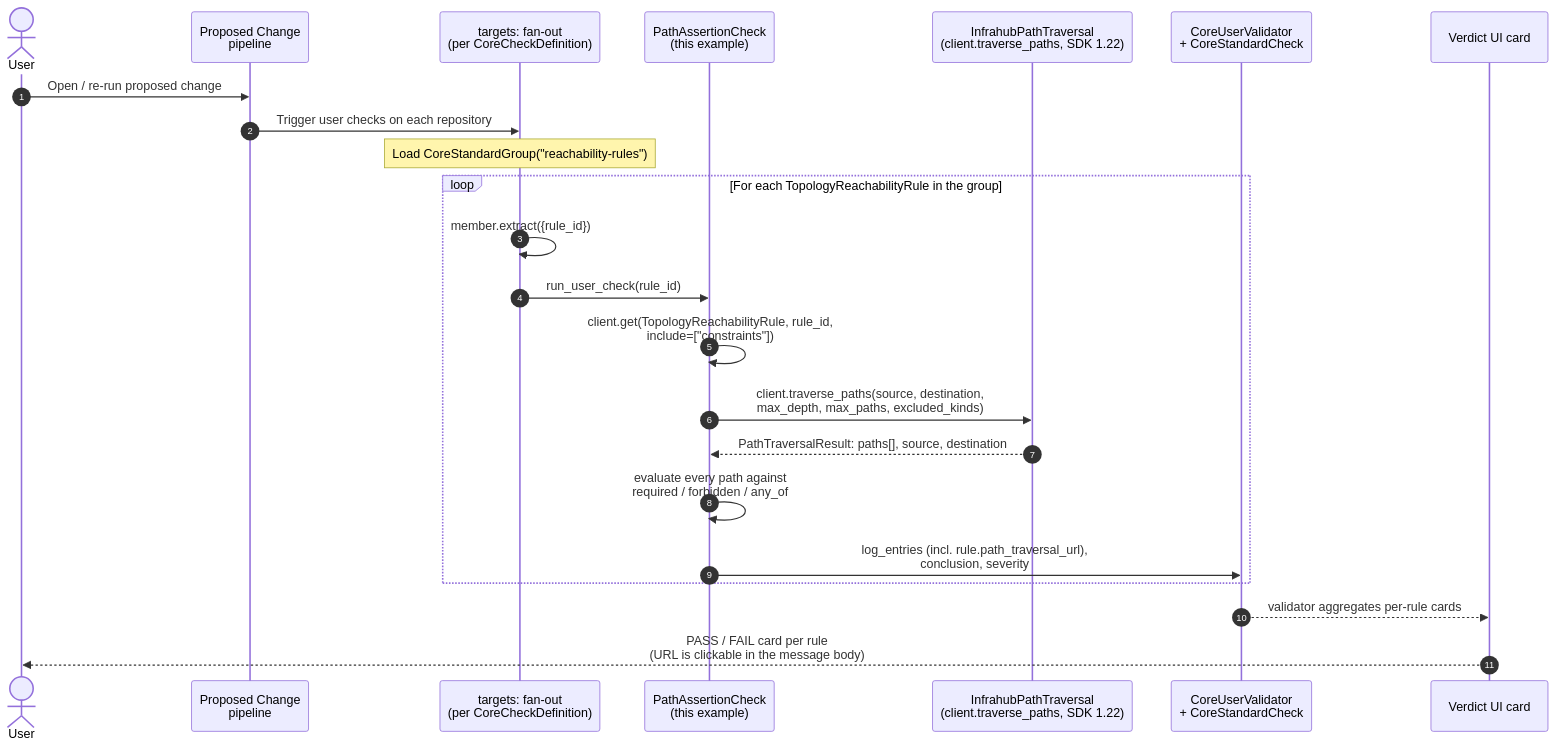
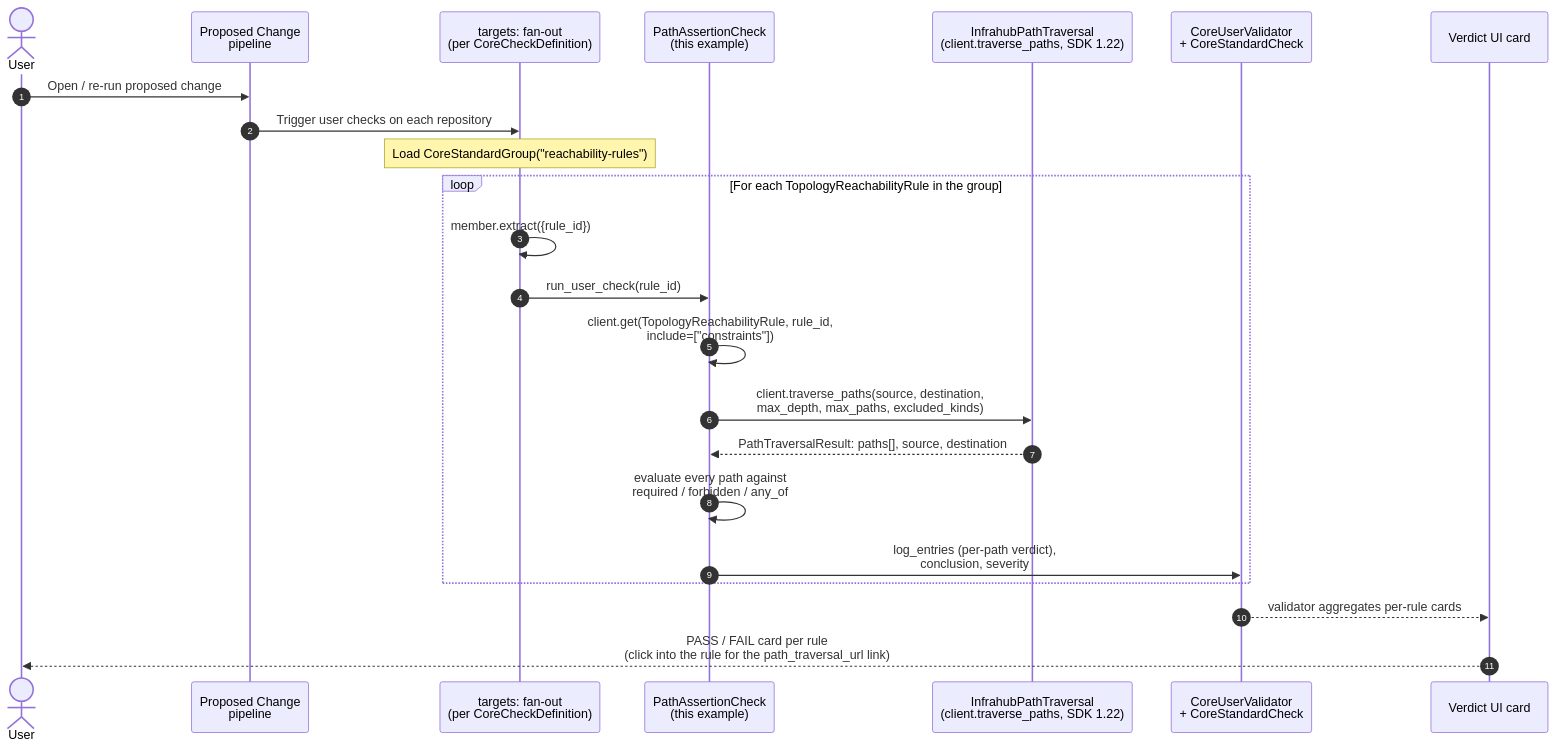
The first of 2 diagrams in README.md (opsmill/infrahub-demo-reachability-check), drawn with Mermaid before and after one commit. The commit also changed other lines of this file and 1 other file, not shown here.

First line of the commit message:
Drop the URL from the check's verdict log; rule detail page owns it

````diff
--- a/README.md
+++ b/README.md
@@ -167,26 +167,26 @@
 ```mermaid
 sequenceDiagram
     autonumber
     actor User
     participant PC as Proposed Change<br/>pipeline
     participant Fan as targets: fan-out<br/>(per CoreCheckDefinition)
     participant Check as PathAssertionCheck<br/>(this example)
     participant GQL as InfrahubPathTraversal<br/>(client.traverse_paths, SDK 1.22)
     participant Verdict as CoreUserValidator<br/>+ CoreStandardCheck
     participant UI as Verdict UI card
 
     User->>PC: Open / re-run proposed change
     PC->>Fan: Trigger user checks on each repository
     Note over Fan: Load CoreStandardGroup("reachability-rules")
     loop For each TopologyReachabilityRule in the group
         Fan->>Fan: member.extract({rule_id})
         Fan->>Check: run_user_check(rule_id)
         Check->>Check: client.get(TopologyReachabilityRule, rule_id,<br/>include=["constraints"])
         Check->>GQL: client.traverse_paths(source, destination,<br/>max_depth, max_paths, excluded_kinds)
         GQL-->>Check: PathTraversalResult: paths[], source, destination
         Check->>Check: evaluate every path against<br/>required / forbidden / any_of
-        Check->>Verdict: log_entries (incl. rule.path_traversal_url),<br/>conclusion, severity
+        Check->>Verdict: log_entries (per-path verdict),<br/>conclusion, severity
     end
     Verdict-->>UI: validator aggregates per-rule cards
-    UI-->>User: PASS / FAIL card per rule<br/>(URL is clickable in the message body)
+    UI-->>User: PASS / FAIL card per rule<br/>(click into the rule for the path_traversal_url link)
 ```
````
